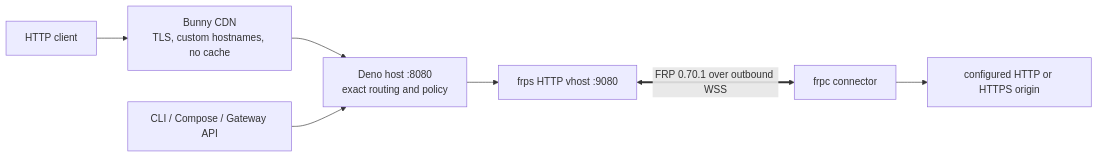
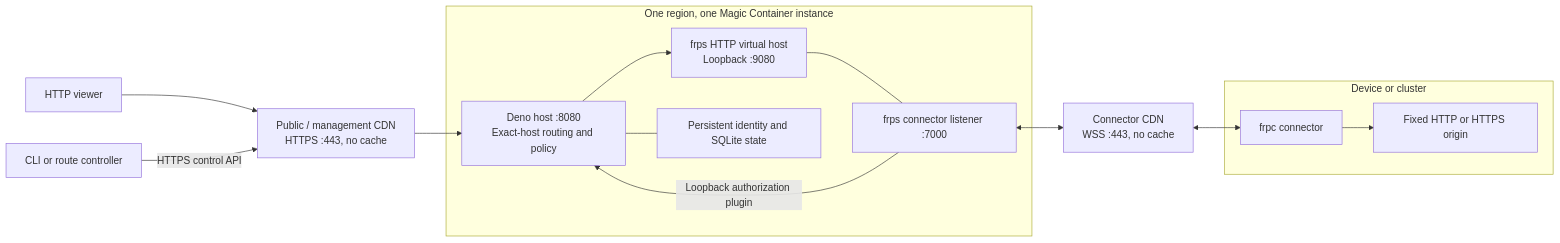
Before and after one commit to zimme/bunny-hole: the diagram in docs/architecture.md, drawn with Mermaid. The commit also changed other lines of this file and 7 other files, not shown here.

Commit message:
docs: explain tunnel and deployment flows with Mermaid

````diff
--- a/docs/architecture.md
+++ b/docs/architecture.md
@@ -13,9 +13,17 @@
 ```mermaid
 flowchart LR
-  U[HTTP client] --> C[Bunny CDN<br/>TLS, custom hostnames, no cache]
-  C --> H[Deno host :8080<br/>exact routing and policy]
-  H --> V[frps HTTP vhost :9080]
-  V <==>|FRP 0.70.1 over outbound WSS| F[frpc connector]
-  F --> O[configured HTTP or HTTPS origin]
-  A[CLI / Compose / Gateway API] --> H
+  Viewer["HTTP viewer"] --> Public["Public / management CDN<br/>HTTPS :443, no cache"]
+  Admin["CLI or route controller"] -->|HTTPS control API| Public
+  subgraph Magic["One region, one Magic Container instance"]
+    Host["Deno host :8080<br/>Exact-host routing and policy"] --> Vhost["frps HTTP virtual host<br/>Loopback :9080"]
+    Vhost --- Frps["frps connector listener :7000"]
+    Frps -->|Loopback authorization plugin| Host
+    Host --- State["Persistent identity and SQLite state"]
+  end
+  Public --> Host
+  Frps <--> Edge["Connector CDN<br/>WSS :443, no cache"]
+  subgraph Local["Device or cluster"]
+    Frpc["frpc connector"] --> Origin["Fixed HTTP or HTTPS origin"]
+  end
+  Edge <--> Frpc
 ```
````
